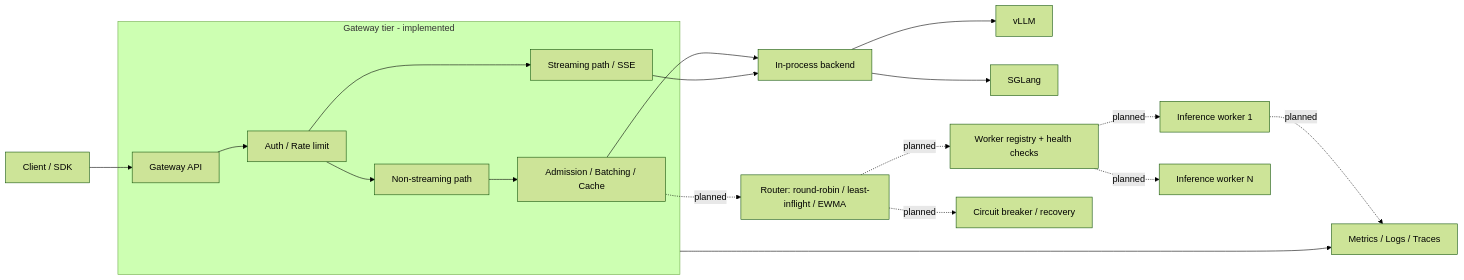
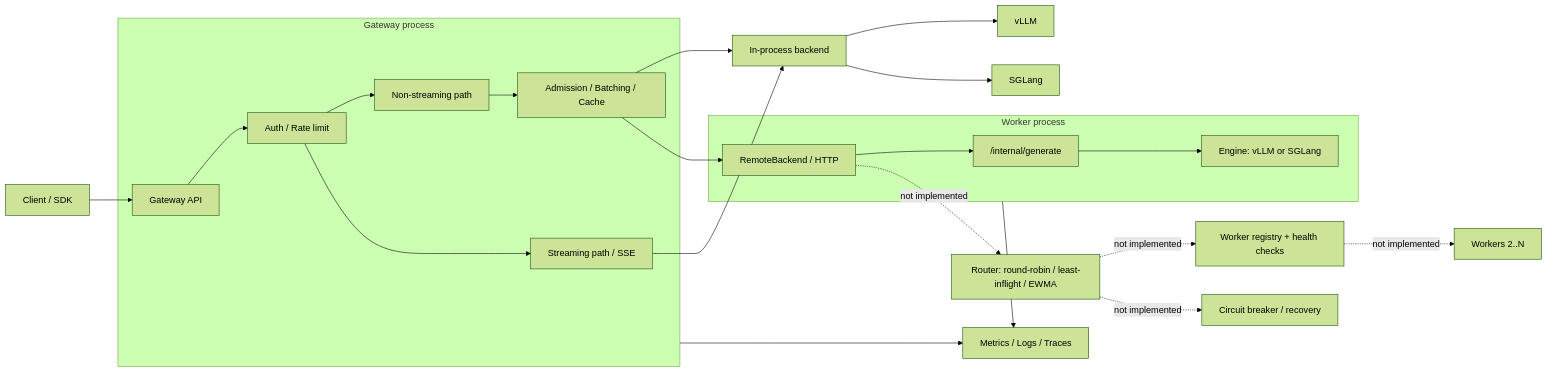
The diagram in README.md (Kare0638/V-Gate), drawn with Mermaid (forest theme) before and after one commit. The commit also changed other lines of this file and 10 other files, not shown here.

````diff
--- a/README.md
+++ b/README.md
@@ -53,25 +53,31 @@
 ```mermaid
 flowchart LR
     Client[Client / SDK] --> API[Gateway API]
 
-    subgraph GW[Gateway tier - implemented]
+    subgraph GW[Gateway process]
         API --> Sec[Auth / Rate limit]
         Sec --> NonStream[Non-streaming path]
         Sec --> Stream[Streaming path / SSE]
         NonStream --> Batcher[Admission / Batching / Cache]
     end
 
-    Batcher --> Backend[In-process backend]
-    Stream --> Backend
-    Backend --> VLLM[vLLM]
-    Backend --> SGLang[SGLang]
+    Batcher --> Local[In-process backend]
+    Stream --> Local
+    Local --> VLLM[vLLM]
+    Local --> SGLang[SGLang]
 
-    Batcher -. planned .-> Router[Router: round-robin / least-inflight / EWMA]
-    Router -. planned .-> Registry[Worker registry + health checks]
-    Registry -. planned .-> W1[Inference worker 1]
-    Registry -. planned .-> W2[Inference worker N]
-    Router -. planned .-> CB[Circuit breaker / recovery]
+    Batcher --> Remote[RemoteBackend / HTTP]
+
+    subgraph WK[Worker process]
+        Remote --> WAPI["/internal/generate"]
+        WAPI --> WEngine[Engine: vLLM or SGLang]
+    end
+
+    Remote -. not implemented .-> Router[Router: round-robin / least-inflight / EWMA]
+    Router -. not implemented .-> Registry[Worker registry + health checks]
+    Registry -. not implemented .-> W2[Workers 2..N]
+    Router -. not implemented .-> CB[Circuit breaker / recovery]
 
     GW --> Obs[Metrics / Logs / Traces]
-    W1 -. planned .-> Obs
+    WK --> Obs
 ```
````
